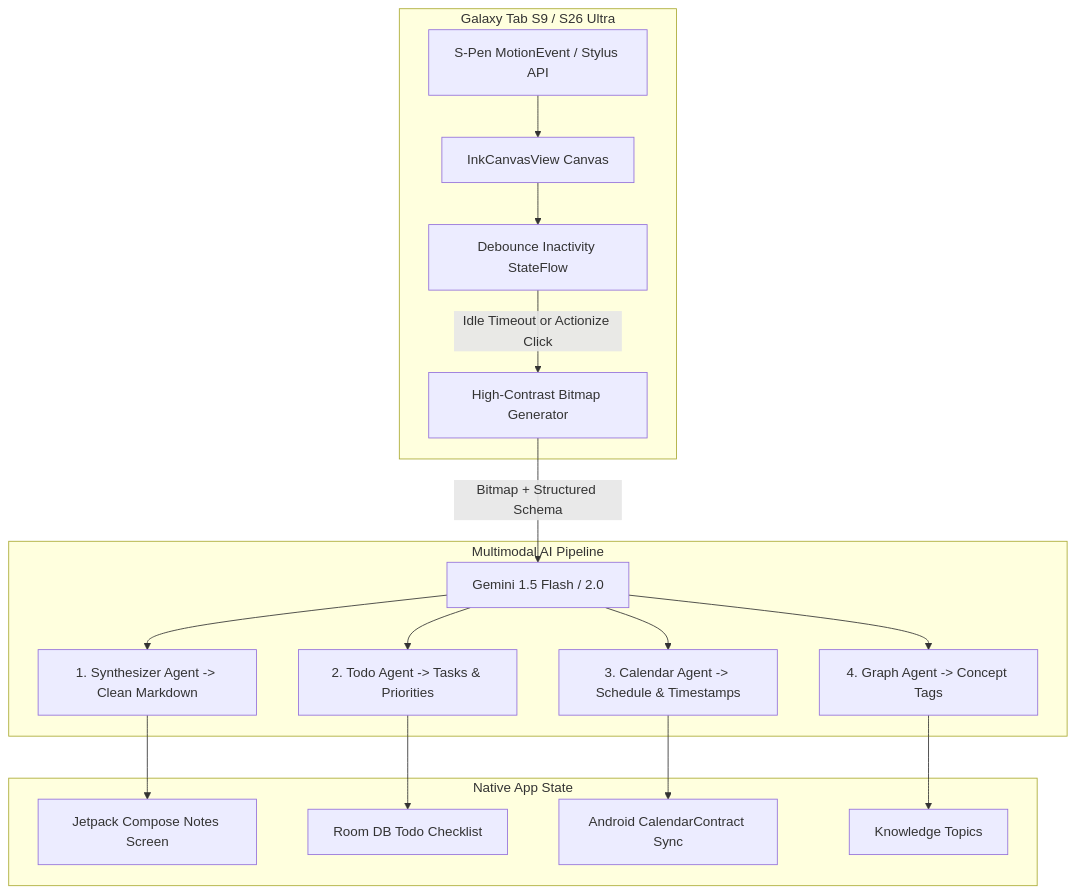
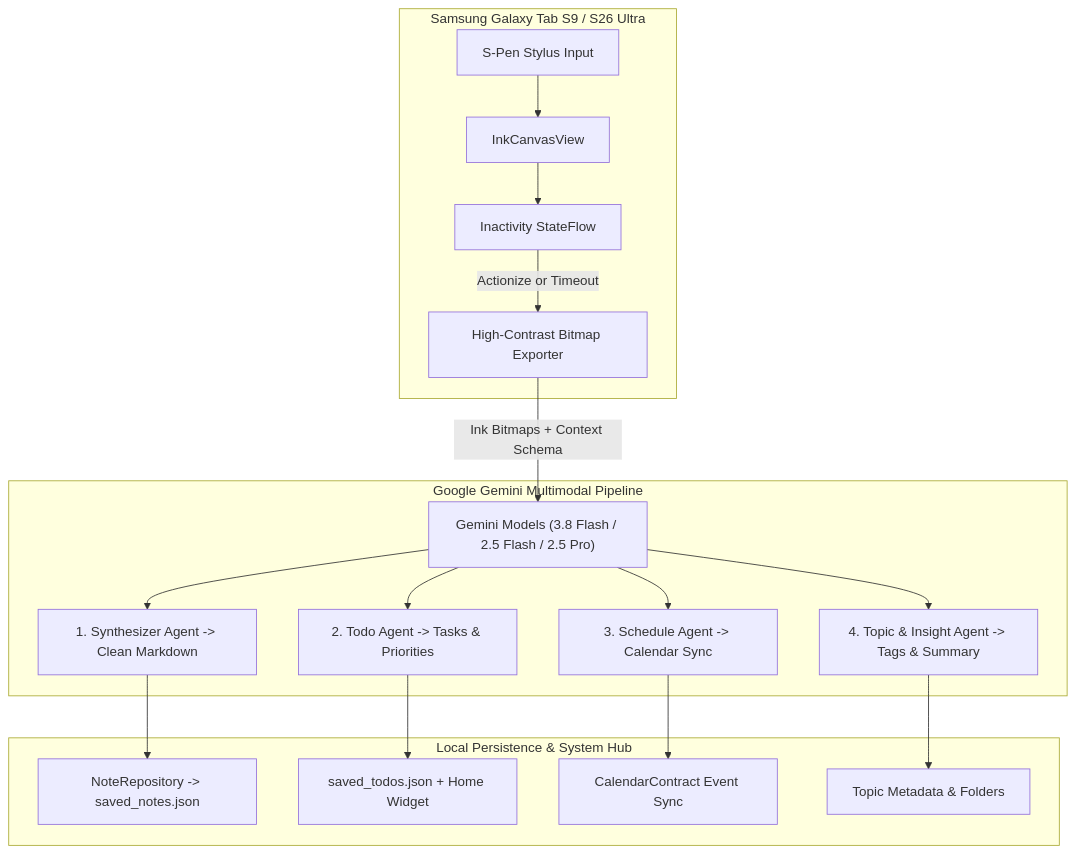
The diagram in README.md (ForcePushDavid/InkAction), drawn with Mermaid before and after one commit. The commit also changed other lines of this file and 4 other files, not shown here.

Commit message:
Tablet UI redesign: full-screen canvas, M3 Navigation Rail, and optional reference panel

````diff
--- a/README.md
+++ b/README.md
@@ -45,23 +49,23 @@
 ```mermaid
 flowchart TD
-    subgraph Samsung Device [Galaxy Tab S9 / S26 Ultra]
-        A[S-Pen MotionEvent / Stylus API] --> B[InkCanvasView Canvas]
-        B --> C[Debounce Inactivity StateFlow]
-        C -->|Idle Timeout or Actionize Click| D[High-Contrast Bitmap Generator]
+    subgraph Device [Samsung Galaxy Tab S9 / S26 Ultra]
+        A[S-Pen Stylus Input] --> B[InkCanvasView]
+        B --> C[Inactivity StateFlow]
+        C -->|Actionize or Timeout| D[High-Contrast Bitmap Exporter]
     end
 
-    subgraph Google Gemini [Multimodal AI Pipeline]
-        D -->|Bitmap + Structured Schema| E[Gemini 1.5 Flash / 2.0]
+    subgraph AI [Google Gemini Multimodal Pipeline]
+        D -->|Ink Bitmaps + Context Schema| E["Gemini Models (3.8 Flash / 2.5 Flash / 2.5 Pro)"]
         E --> F[1. Synthesizer Agent -> Clean Markdown]
         E --> G[2. Todo Agent -> Tasks & Priorities]
-        E --> H[3. Calendar Agent -> Schedule & Timestamps]
-        E --> I[4. Graph Agent -> Concept Tags]
+        E --> H[3. Schedule Agent -> Calendar Sync]
+        E --> I[4. Topic & Insight Agent -> Tags & Summary]
     end
 
-    subgraph Android System [Native App State]
-        F --> J[Jetpack Compose Notes Screen]
-        G --> K[Room DB Todo Checklist]
-        H --> L[Android CalendarContract Sync]
-        I --> M[Knowledge Topics]
+    subgraph Storage [Local Persistence & System Hub]
+        F --> J[NoteRepository -> saved_notes.json]
+        G --> K[saved_todos.json + Home Widget]
+        H --> L[CalendarContract Event Sync]
+        I --> M[Topic Metadata & Folders]
     end
 ```
````
